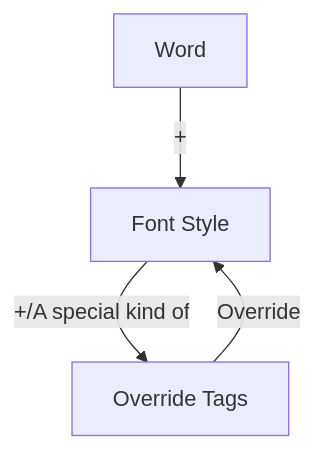
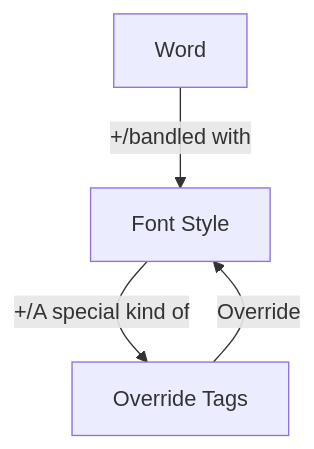
One commit to Cyame/Cyame.github.io changed the first of 2 diagrams in source/_posts/ASSOverrideTags.md. Above: the diagram before and after it, drawn with Mermaid. The commit also changed other lines of this file and 18 other files, not shown here.

````diff
--- a/source/_posts/ASSOverrideTags.md
+++ b/source/_posts/ASSOverrideTags.md
@@ -58,7 +73,7 @@
 ```mermaid
 graph TD;
 
-A[Word] --> |+|B[Font Style]
+A[Word] --> |+/bandled with|B[Font Style]
 B --> |+/A special kind of|C[Override Tags]
 C --> |Override|B
 ```
````
